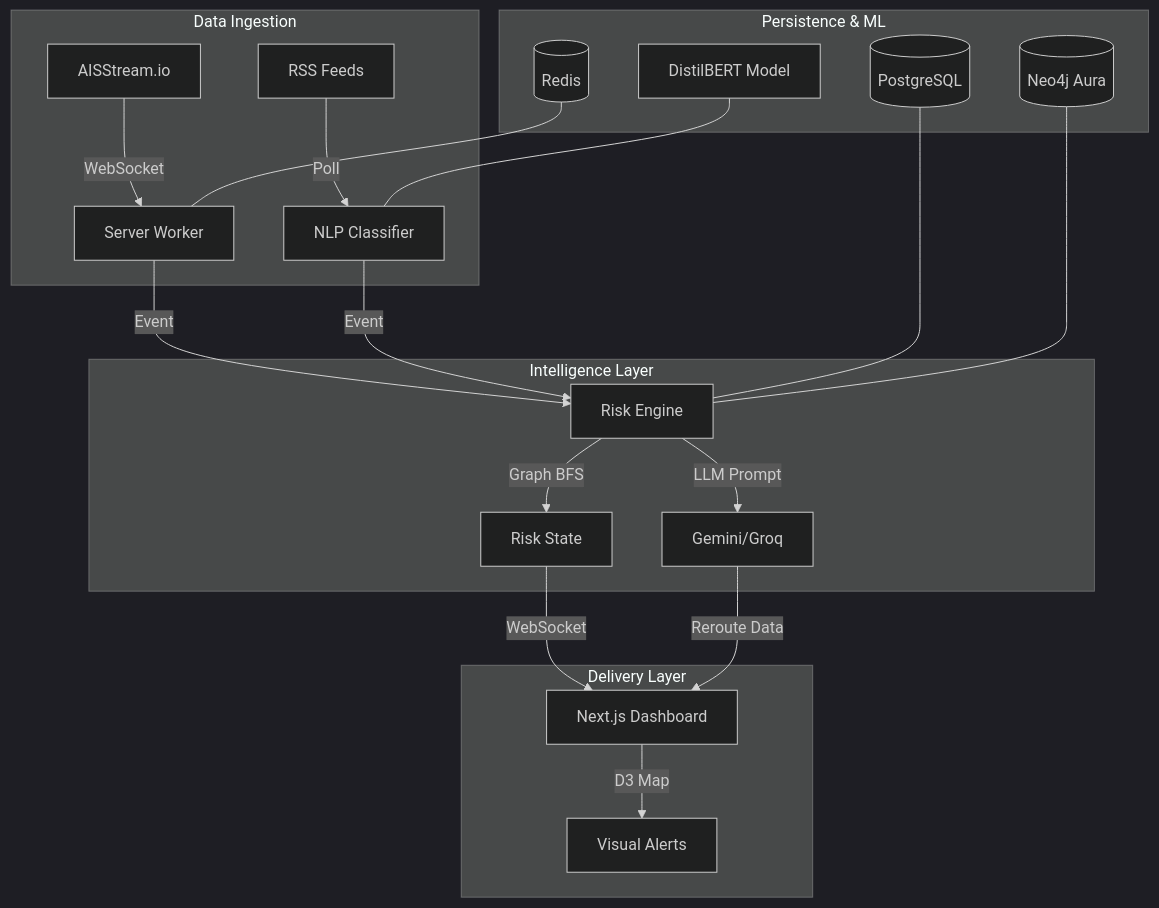
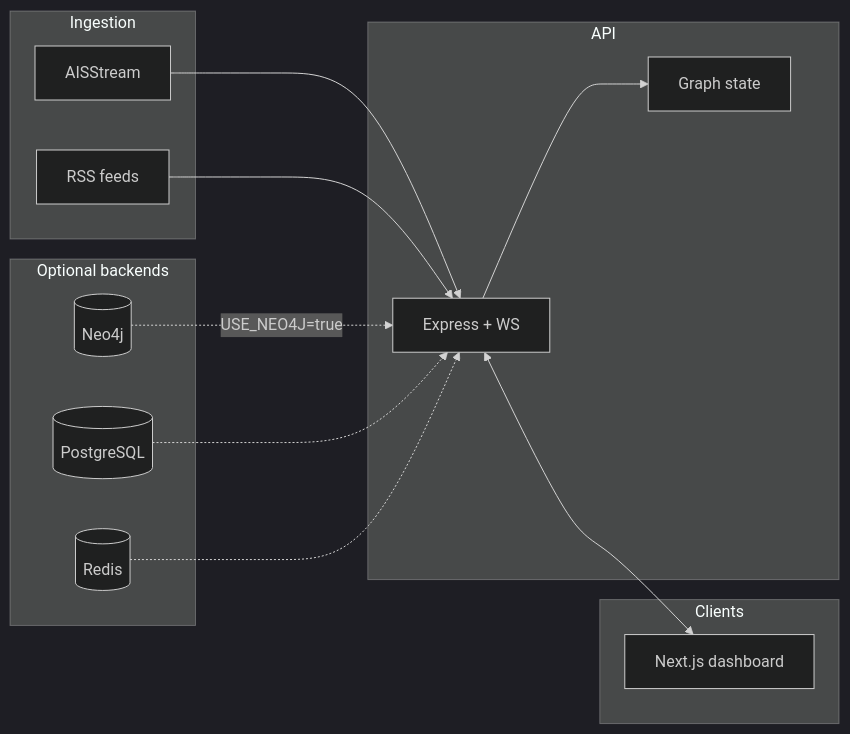
Before and after one commit to why-aditi/Supplyguard: the diagram in README.md, drawn with Mermaid (dark theme). The commit also changed other lines of this file and 9 other files, not shown here.

Commit message:
feat: update environment configuration and enhance README with detailed architecture and usage instructions; improve SupplyMap component for better edge visualization and risk propagation logic

````diff
--- a/README.md
+++ b/README.md
@@ -41,28 +81,26 @@
 ```mermaid
-graph TD
-    subgraph "Data Ingestion"
-        A[AISStream.io] -->|WebSocket| B[Server Worker]
-        C[RSS Feeds] -->|Poll| D[NLP Classifier]
-    end
-
-    subgraph "Intelligence Layer"
-        B -->|Event| E[Risk Engine]
-        D -->|Event| E
-        E -->|Graph BFS| F[Risk State]
-        E -->|LLM Prompt| G[Gemini/Groq]
-    end
-
-    subgraph "Delivery Layer"
-        F -->|WebSocket| H[Next.js Dashboard]
-        G -->|Reroute Data| H
-        H -->|D3 Map| I[Visual Alerts]
-    end
-
-    subgraph "Persistence & ML"
-        J[(Redis)] --- B
-        K[(PostgreSQL)] --- E
-        M[(Neo4j Aura)] --- E
-        L[DistilBERT Model] --- D
-    end
-
+flowchart LR
+  subgraph ingest [Ingestion]
+    AIS[AISStream]
+    RSS[RSS feeds]
+  end
+  subgraph core [API]
+    API[Express + WS]
+    G[Graph state]
+  end
+  subgraph clients [Clients]
+    UI[Next.js dashboard]
+  end
+  subgraph optional [Optional backends]
+    N4j[(Neo4j)]
+    PG[(PostgreSQL)]
+    RD[(Redis)]
+  end
+  AIS --> API
+  RSS --> API
+  API --> G
+  N4j -.->|USE_NEO4J=true| API
+  PG -.-> API
+  RD -.-> API
+  API <--> UI
 ```
````
